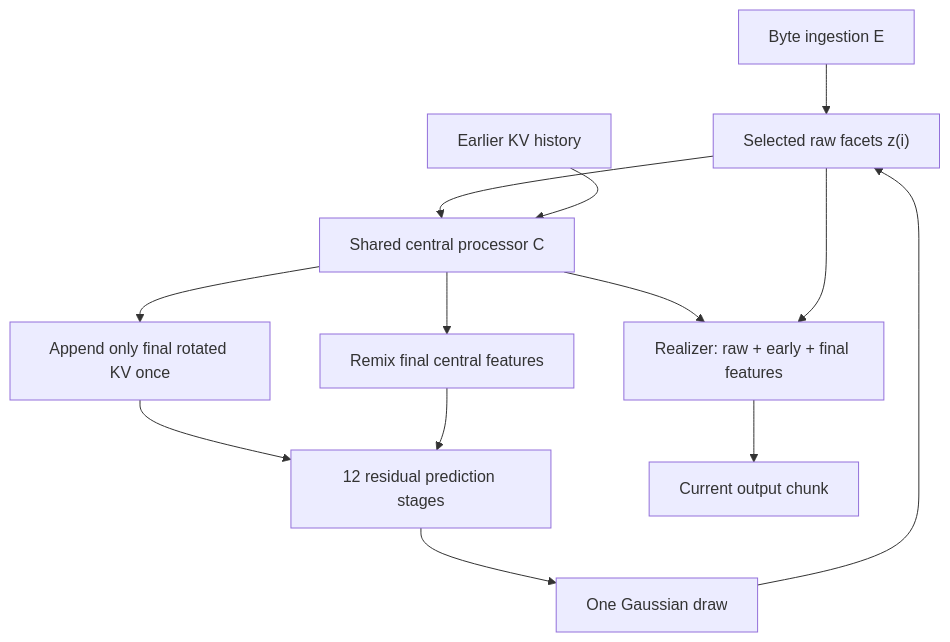
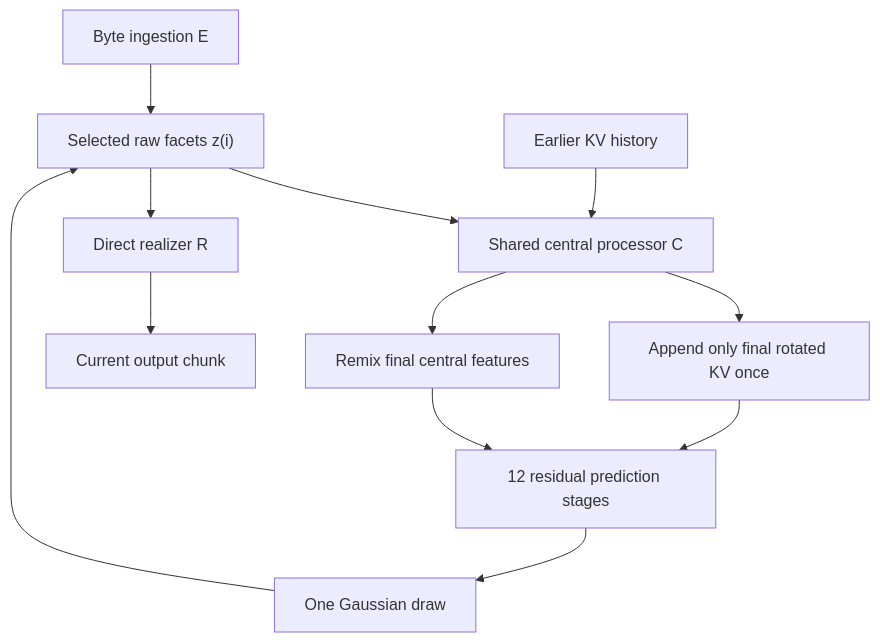
Before and after one commit to werg/megatoken: the diagram in docs/architecture.md, drawn with Mermaid. The commit also changed other lines of this file and 6 other files, not shown here.

````diff
--- a/docs/architecture.md
+++ b/docs/architecture.md
@@ -35,15 +32,14 @@
 ```mermaid
 flowchart TD
     E["Byte ingestion E"] --> Z["Selected raw facets z(i)"]
     G["One Gaussian draw"] --> Z
     Z --> C["Shared central processor C"]
     H["Earlier KV history"] --> C
     C --> K["Append only final rotated KV once"]
-    C --> R["Realizer: raw + early + final features"]
-    Z --> R
+    Z --> R["Direct realizer R"]
     C --> M["Remix final central features"]
     K --> P["12 residual prediction stages"]
     M --> P
     P --> G
     R --> O["Current output chunk"]
 ```
````
